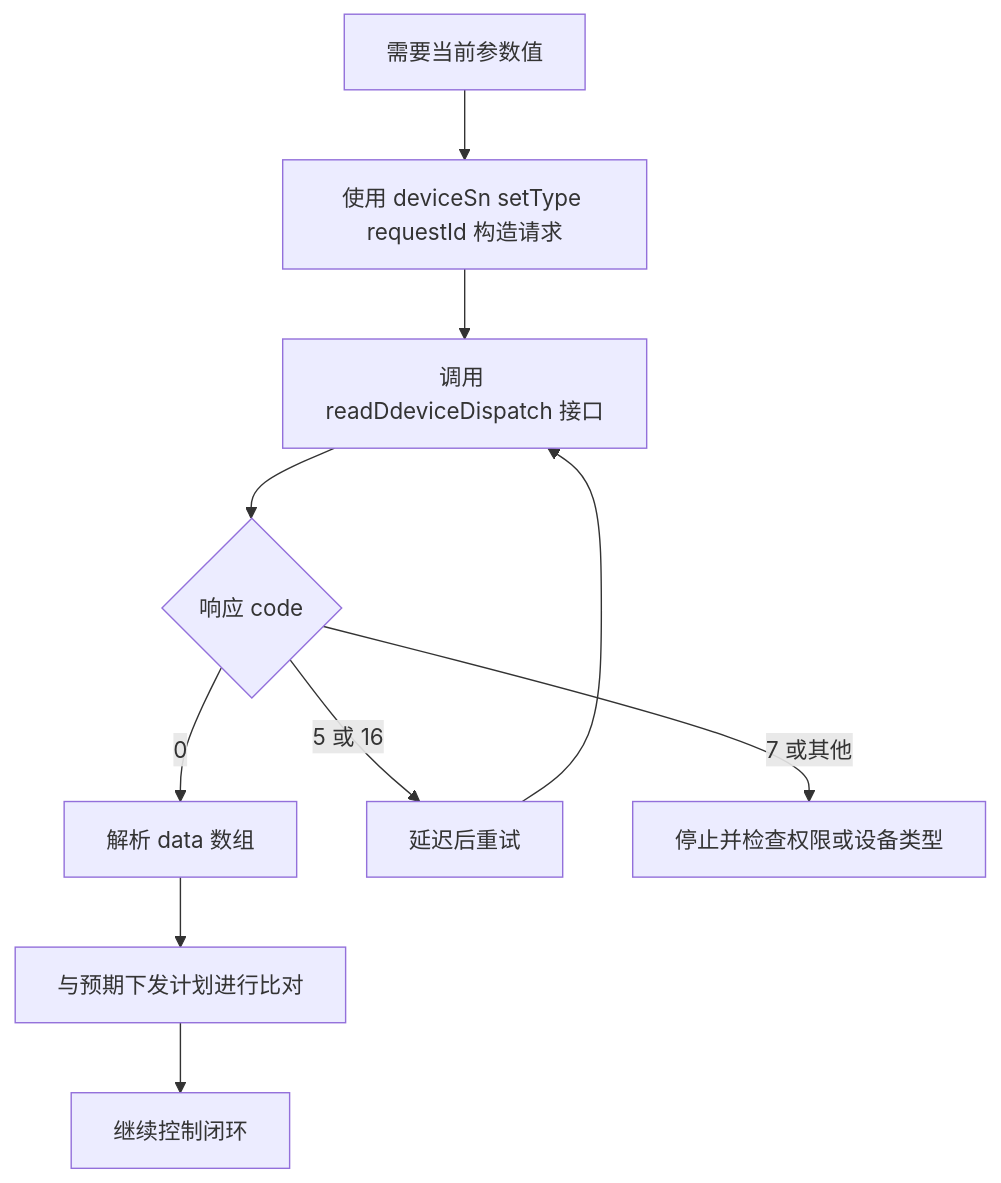
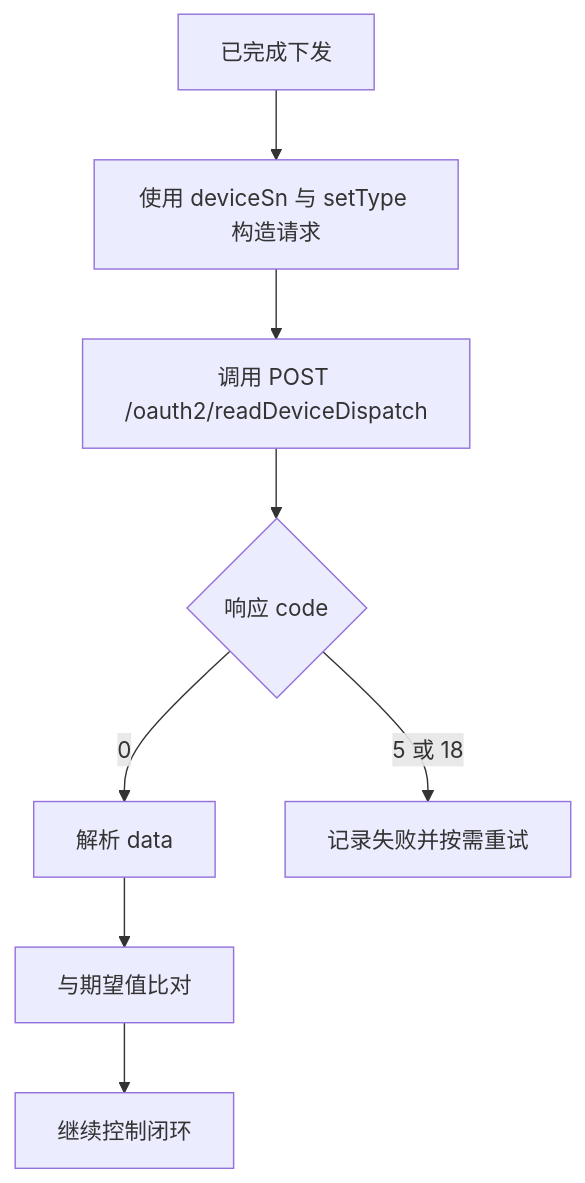
One commit to EugeneJian/growatt-unified-api changed the diagram in Growatt API/OPENAPI.zh-CN/06_api_read_dispatch.md. Above: the diagram before and after it, drawn with Mermaid. The commit also changed other lines of this file and 26 other files, not shown here.

````diff
--- a/Growatt API/OPENAPI.zh-CN/06_api_read_dispatch.md
+++ b/Growatt API/OPENAPI.zh-CN/06_api_read_dispatch.md
@@ -16,13 +22,11 @@
 ```mermaid
 %% 本代码严格遵循AI生成Mermaid代码的终极准则v4.1（Mermaid终极大师）
 flowchart TD
-    A["需要当前参数值"] --> B["使用 deviceSn setType requestId 构造请求"]
-    B --> C["调用 readDdeviceDispatch 接口"]
+    A["已完成下发"] --> B["使用 deviceSn 与 setType 构造请求"]
+    B --> C["调用 POST /oauth2/readDeviceDispatch"]
     C --> D{"响应 code"}
-    D -->|"0"| E["解析 data 数组"]
-    D -->|"5 或 16"| F["延迟后重试"]
-    D -->|"7 或其他"| G["停止并检查权限或设备类型"]
-    E --> H["与预期下发计划进行比对"]
-    H --> I["继续控制闭环"]
-    F --> C
+    D -->|"0"| E["解析 data"]
+    D -->|"5 或 18"| F["记录失败并按需重试"]
+    E --> G["与期望值比对"]
+    G --> H["继续控制闭环"]
 ```
````
